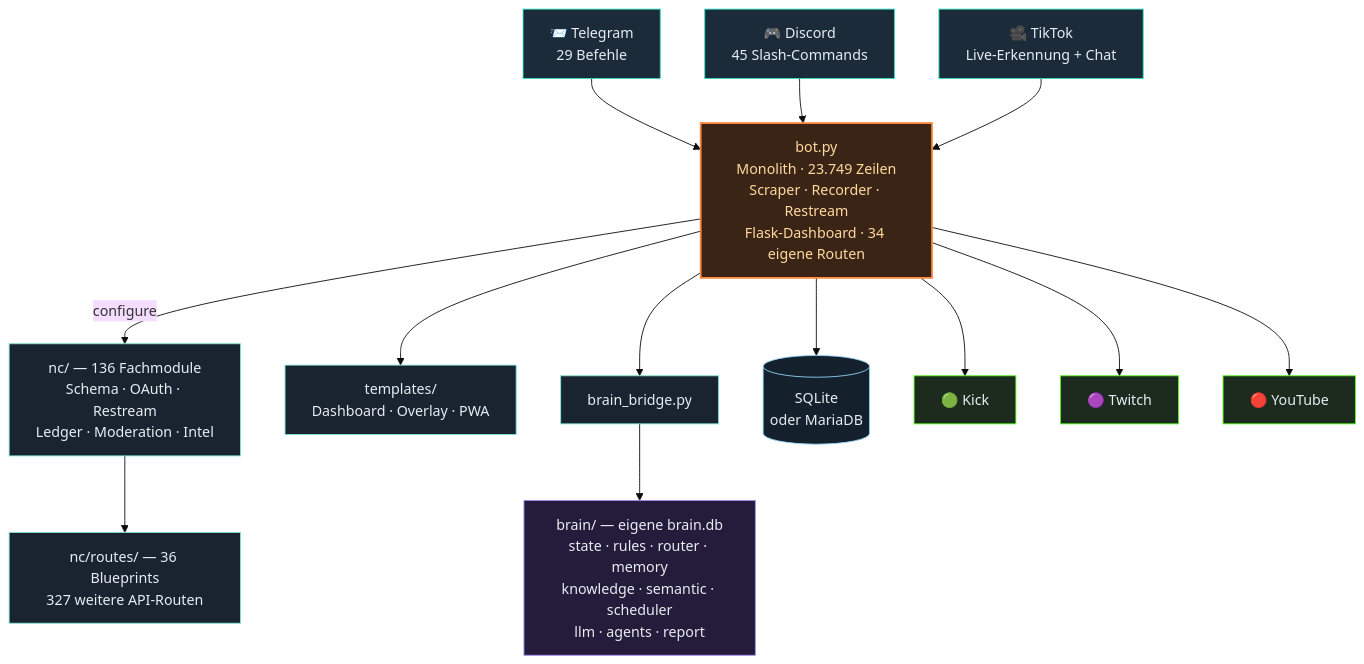
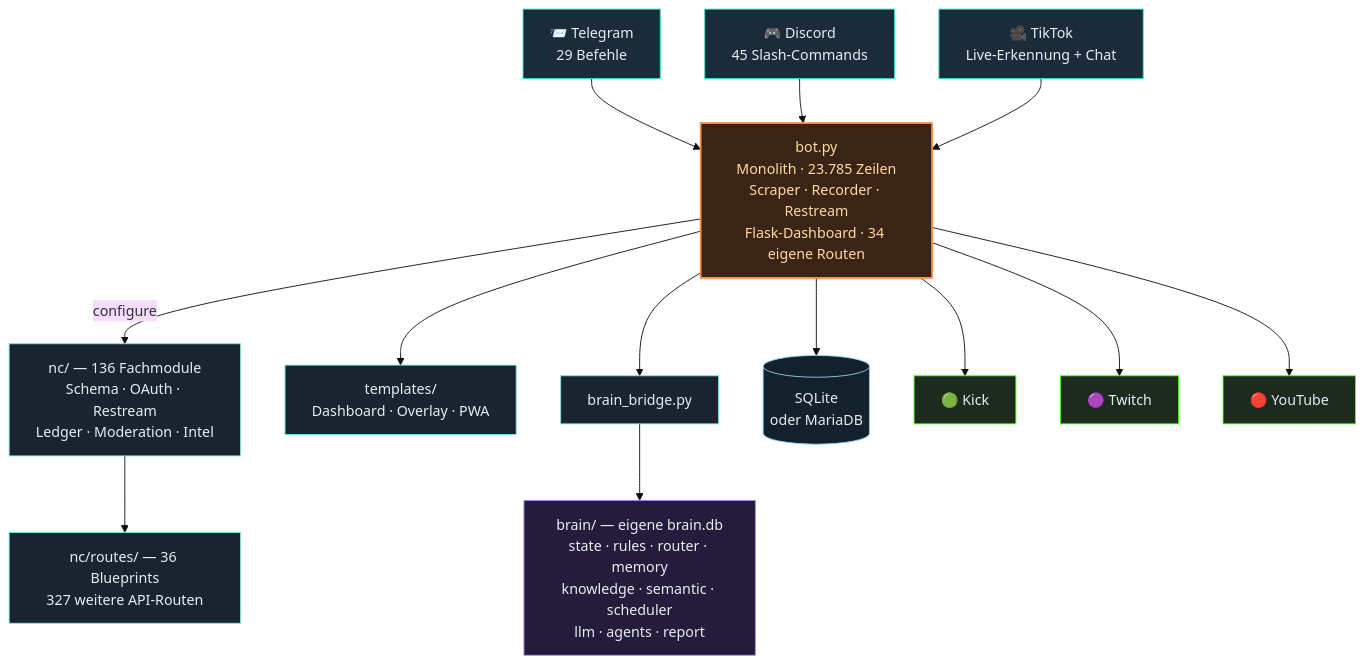
Before and after one commit to itsamemedev/Telegram-Stream-Info-Bot: the third of 4 diagrams in README.md, drawn with Mermaid (base theme). The commit also changed other lines of this file and 8 other files, not shown here.

````diff
--- a/README.md
+++ b/README.md
@@ -189,30 +189,30 @@
 ```mermaid
 flowchart TB
     TG["📨 Telegram<br/>29 Befehle"]:::ein
     DC["🎮 Discord<br/>45 Slash-Commands"]:::ein
     TT["🎥 TikTok<br/>Live-Erkennung + Chat"]:::ein
 
     TG --> BOT
     DC --> BOT
     TT --> BOT
 
-    BOT["bot.py<br/>Monolith · 23.749 Zeilen<br/>Scraper · Recorder · Restream<br/>Flask-Dashboard · 34 eigene Routen"]:::core
+    BOT["bot.py<br/>Monolith · 23.785 Zeilen<br/>Scraper · Recorder · Restream<br/>Flask-Dashboard · 34 eigene Routen"]:::core
 
     BOT -->|configure| NC["nc/ — 136 Fachmodule<br/>Schema · OAuth · Restream<br/>Ledger · Moderation · Intel"]:::lib
     NC --> RT["nc/routes/ — 36 Blueprints<br/>327 weitere API-Routen"]:::lib
     BOT --> TPL["templates/<br/>Dashboard · Overlay · PWA"]:::lib
     BOT --> BR["brain_bridge.py"]:::lib
     BR --> BRAIN["brain/ — eigene brain.db<br/>state · rules · router · memory<br/>knowledge · semantic · scheduler<br/>llm · agents · report"]:::brain
     BOT --> DB[("SQLite<br/>oder MariaDB")]:::db
 
     BOT --> KICK["🟢 Kick"]:::out
     BOT --> TW["🟣 Twitch"]:::out
     BOT --> YT["🔴 YouTube"]:::out
 
     classDef ein fill:#1c2b3a,stroke:#2de1c2,color:#e6edf3
     classDef core fill:#3a2415,stroke:#ff8c42,stroke-width:2px,color:#ffd9a0
     classDef lib fill:#1a2430,stroke:#7fe7d4,color:#e6edf3
     classDef brain fill:#241c3a,stroke:#a78bfa,color:#e6edf3
     classDef db fill:#14202c,stroke:#8fd3f4,color:#e6edf3
     classDef out fill:#1c2b1e,stroke:#53fc18,color:#e6edf3
 ```
````
